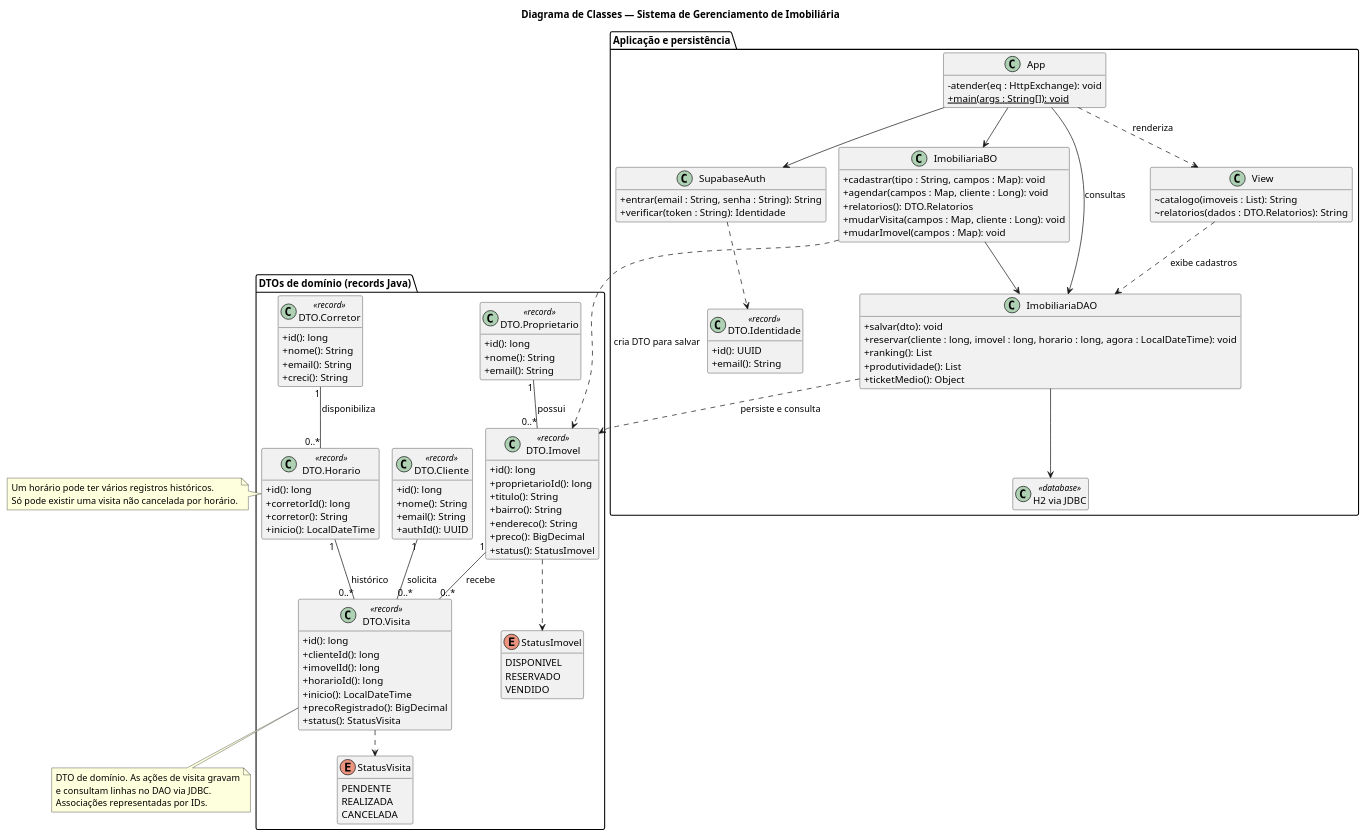
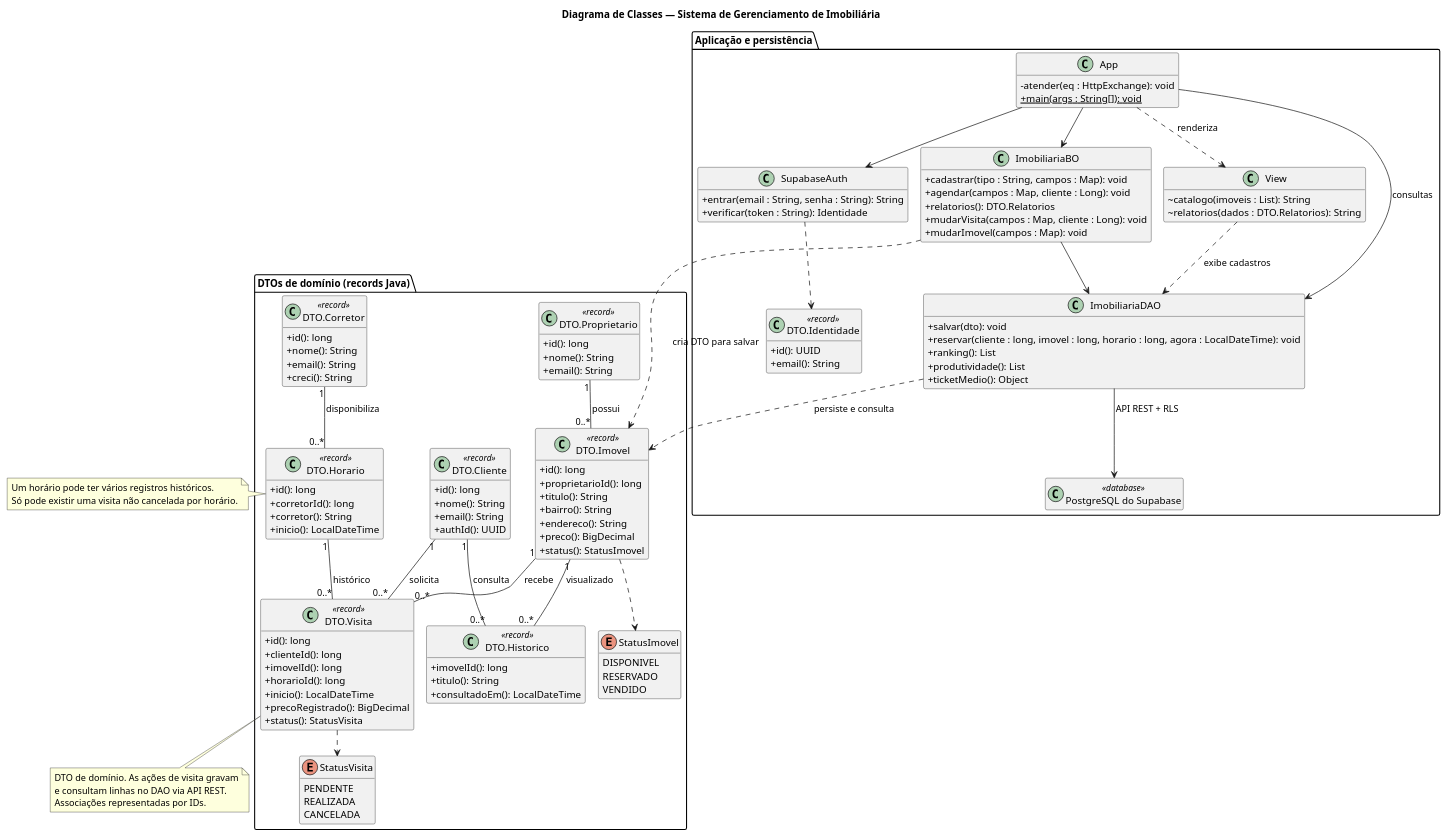
The diagram in docs/classes.puml (gustavoximenes/sistema-gerenciamento-imobiliaria), drawn with PlantUML before and after one commit. The commit also changed 16 other files, not shown here.

```diff
--- a/docs/classes.puml
+++ b/docs/classes.puml
@@ -1,121 +1,128 @@
 @startuml
 !pragma layout smetana
 skinparam classAttributeIconSize 0
 skinparam shadowing false
 hide empty members
 title Diagrama de Classes — Sistema de Gerenciamento de Imobiliária
 
 package "DTOs de domínio (records Java)" {
   class "DTO.Cliente" as Cliente <<record>> {
     +id(): long
     +nome(): String
     +email(): String
     +authId(): UUID
   }
   class "DTO.Corretor" as Corretor <<record>> {
     +id(): long
     +nome(): String
     +email(): String
     +creci(): String
   }
   class "DTO.Proprietario" as Proprietario <<record>> {
     +id(): long
     +nome(): String
     +email(): String
   }
   class "DTO.Imovel" as Imovel <<record>> {
     +id(): long
     +proprietarioId(): long
     +titulo(): String
     +bairro(): String
     +endereco(): String
     +preco(): BigDecimal
     +status(): StatusImovel
   }
   class "DTO.Horario" as Horario <<record>> {
     +id(): long
     +corretorId(): long
     +corretor(): String
     +inicio(): LocalDateTime
   }
   class "DTO.Visita" as Visita <<record>> {
     +id(): long
     +clienteId(): long
     +imovelId(): long
     +horarioId(): long
     +inicio(): LocalDateTime
     +precoRegistrado(): BigDecimal
     +status(): StatusVisita
   }
+  class "DTO.Historico" as Historico <<record>> {
+    +imovelId(): long
+    +titulo(): String
+    +consultadoEm(): LocalDateTime
+  }
   enum StatusImovel {
     DISPONIVEL
     RESERVADO
     VENDIDO
   }
   enum StatusVisita {
     PENDENTE
     REALIZADA
     CANCELADA
   }
   Proprietario "1" -- "0..*" Imovel : possui
   Corretor "1" -- "0..*" Horario : disponibiliza
   Cliente "1" -- "0..*" Visita : solicita
   Imovel "1" -- "0..*" Visita : recebe
   Horario "1" -- "0..*" Visita : histórico
   Imovel ..> StatusImovel
   Visita ..> StatusVisita
+  Cliente "1" -- "0..*" Historico : consulta
+  Imovel "1" -- "0..*" Historico : visualizado
 }
 note right of Horario
   Um horário pode ter vários registros históricos.
   Só pode existir uma visita não cancelada por horário.
 end note
 note bottom of Visita
   DTO de domínio. As ações de visita gravam
-  e consultam linhas no DAO via JDBC.
+  e consultam linhas no DAO via API REST.
   Associações representadas por IDs.
 end note
 
 package "Aplicação e persistência" {
   class App {
     -atender(eq : HttpExchange): void
     +{static} main(args : String[]): void
   }
   class View {
     ~catalogo(imoveis : List): String
     ~relatorios(dados : DTO.Relatorios): String
   }
   class SupabaseAuth {
     +entrar(email : String, senha : String): String
     +verificar(token : String): Identidade
   }
   class "DTO.Identidade" as Identidade <<record>> {
     +id(): UUID
     +email(): String
   }
   class ImobiliariaBO {
     +cadastrar(tipo : String, campos : Map): void
     +agendar(campos : Map, cliente : Long): void
     +relatorios(): DTO.Relatorios
     +mudarVisita(campos : Map, cliente : Long): void
     +mudarImovel(campos : Map): void
   }
   class ImobiliariaDAO {
     +salvar(dto): void
     +reservar(cliente : long, imovel : long, horario : long, agora : LocalDateTime): void
     +ranking(): List
     +produtividade(): List
     +ticketMedio(): Object
   }
-  class "H2 via JDBC" as H2 <<database>>
+  class "PostgreSQL do Supabase" as SupabaseDB <<database>>
   App --> ImobiliariaBO
   App --> ImobiliariaDAO : consultas
   App ..> View : renderiza
   App --> SupabaseAuth
   SupabaseAuth ..> Identidade
   View ..> ImobiliariaDAO : exibe cadastros
   ImobiliariaBO --> ImobiliariaDAO
   ImobiliariaBO ..> Imovel : cria DTO para salvar
   ImobiliariaDAO ..> Imovel : persiste e consulta
-  ImobiliariaDAO --> H2
+  ImobiliariaDAO --> SupabaseDB : API REST + RLS
 }
 @enduml
```
